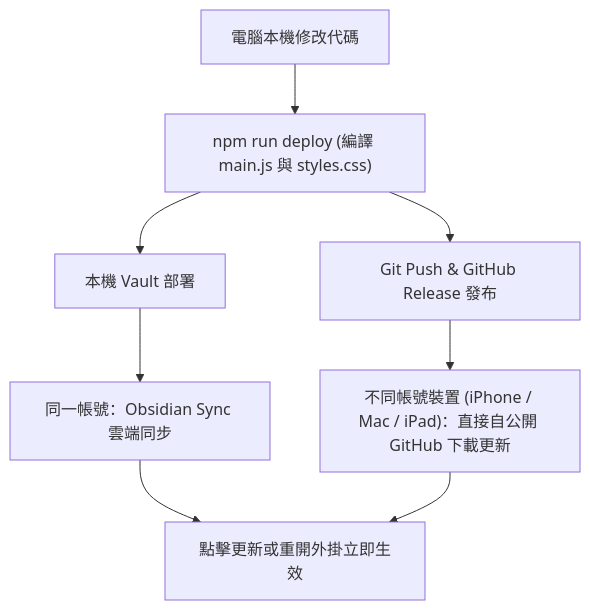
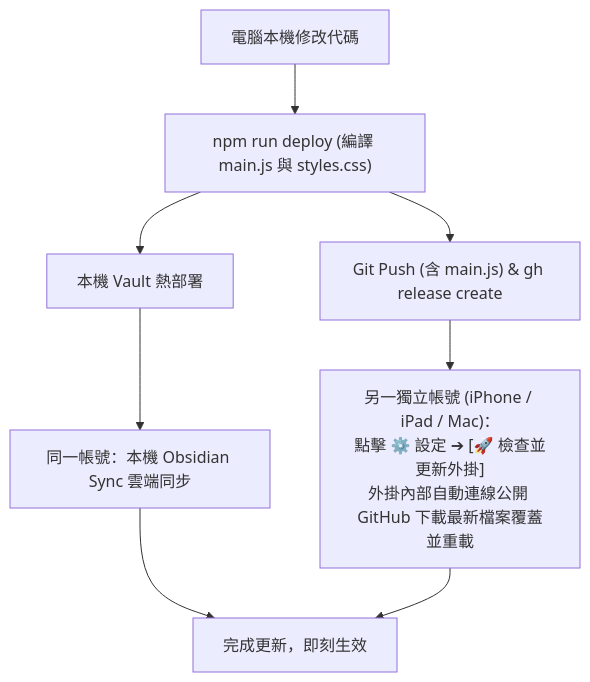
One commit to firsttimetogithub3020/obsidian-diary-copilot changed the diagram in HANDOVER.md. Above: the diagram before and after it, drawn with Mermaid. The commit also changed other lines of this file and 1 other file, not shown here.

Commit message:
docs: enshrine inviolable rule for in-app github self-updater and 3-step release protocol

````diff
--- a/HANDOVER.md
+++ b/HANDOVER.md
@@ -24,10 +30,10 @@
 ```mermaid
 flowchart TD
     A["電腦本機修改代碼"] --> B["npm run deploy (編譯 main.js 與 styles.css)"]
-    B --> C["本機 Vault 部署"]
-    B --> D["Git Push & GitHub Release 發布"]
-    C --> E["同一帳號：Obsidian Sync 雲端同步"]
-    D --> F["不同帳號裝置 (iPhone / Mac / iPad)：直接自公開 GitHub 下載更新"]
-    E --> G["點擊更新或重開外掛立即生效"]
+    B --> C["本機 Vault 熱部署"]
+    B --> D["Git Push (含 main.js) & gh release create"]
+    C --> E["同一帳號：本機 Obsidian Sync 雲端同步"]
+    D --> F["另一獨立帳號 (iPhone / iPad / Mac)：<br/>點擊 ⚙️ 設定 ➔ [🚀 檢查並更新外掛]<br/>外掛內部自動連線公開 GitHub 下載最新檔案覆蓋並重載"]
+    E --> G["完成更新，即刻生效"]
     F --> G
 ```
````
